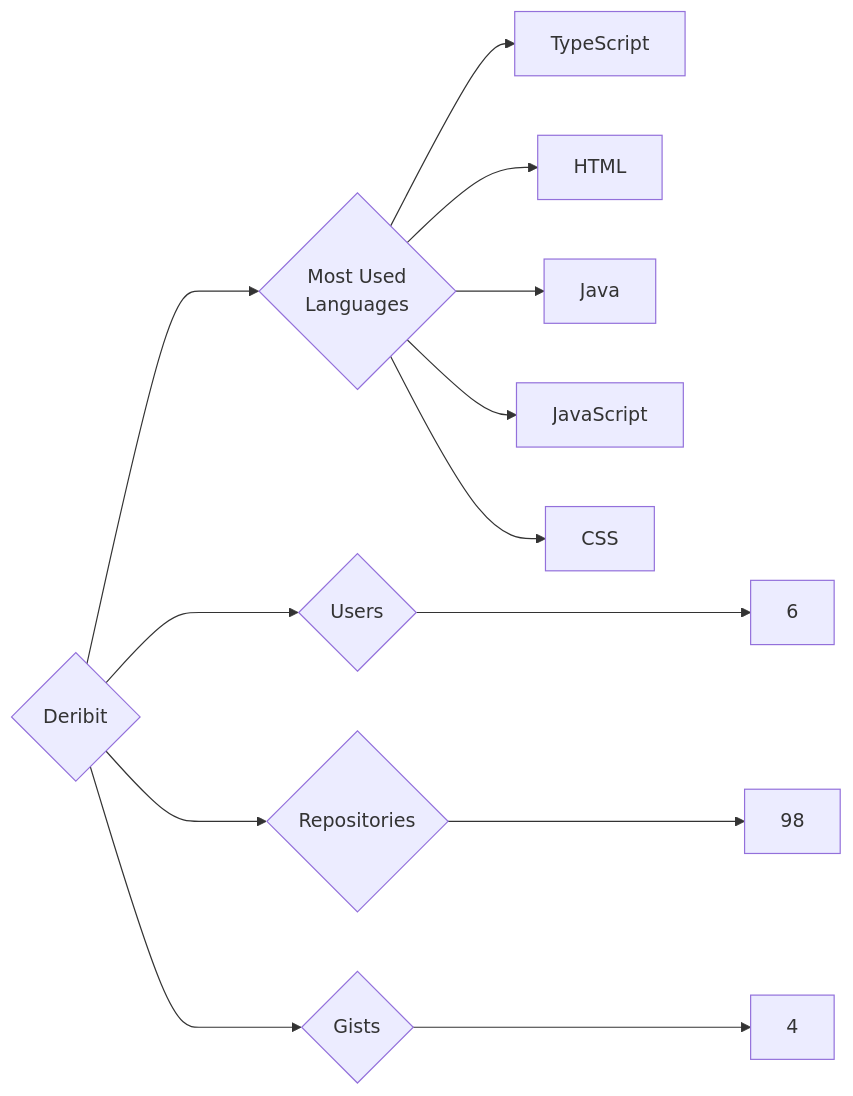
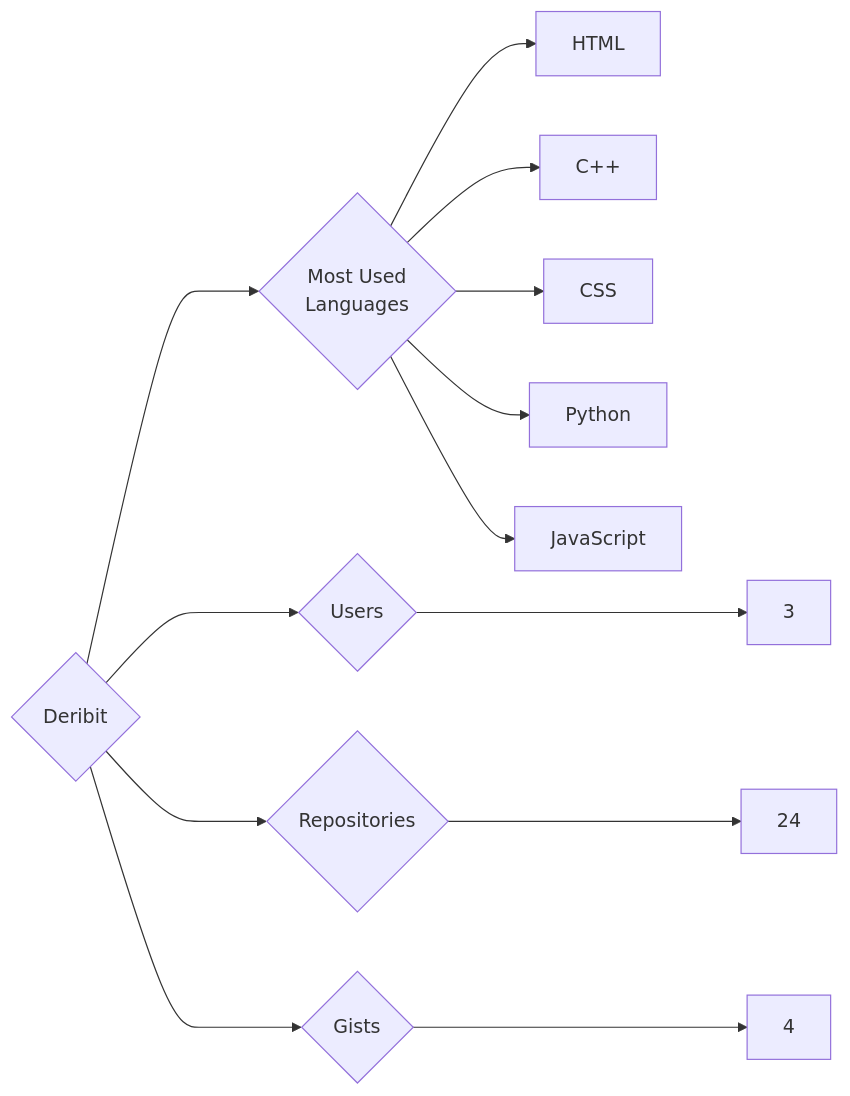
One commit to trickest/insiders changed the diagram in targets/Deribit/README.md. Above: the diagram before and after it, drawn with Mermaid. The commit also changed 988 other files, not shown here.

````diff
--- a/targets/Deribit/README.md
+++ b/targets/Deribit/README.md
@@ -3,13 +3,13 @@
 ```mermaid
 graph LR
 COMPANY_NAME{Deribit}
-COMPANY_NAME ---> U{Users} ---> UN[6]
-COMPANY_NAME ---> R{Repositories} ---> RN[98]
+COMPANY_NAME ---> U{Users} ---> UN[3]
+COMPANY_NAME ---> R{Repositories} ---> RN[24]
 COMPANY_NAME ---> G{Gists} ---> GN[4]
 COMPANY_NAME ---> ML{Most Used<br>Languages}
-ML --> TypeScript[TypeScript]
 ML --> HTML[HTML]
-ML --> Java[Java]
+ML --> C++[C++]
+ML --> CSS[CSS]
+ML --> Python[Python]
 ML --> JavaScript[JavaScript]
-ML --> CSS[CSS]
 ```
````
